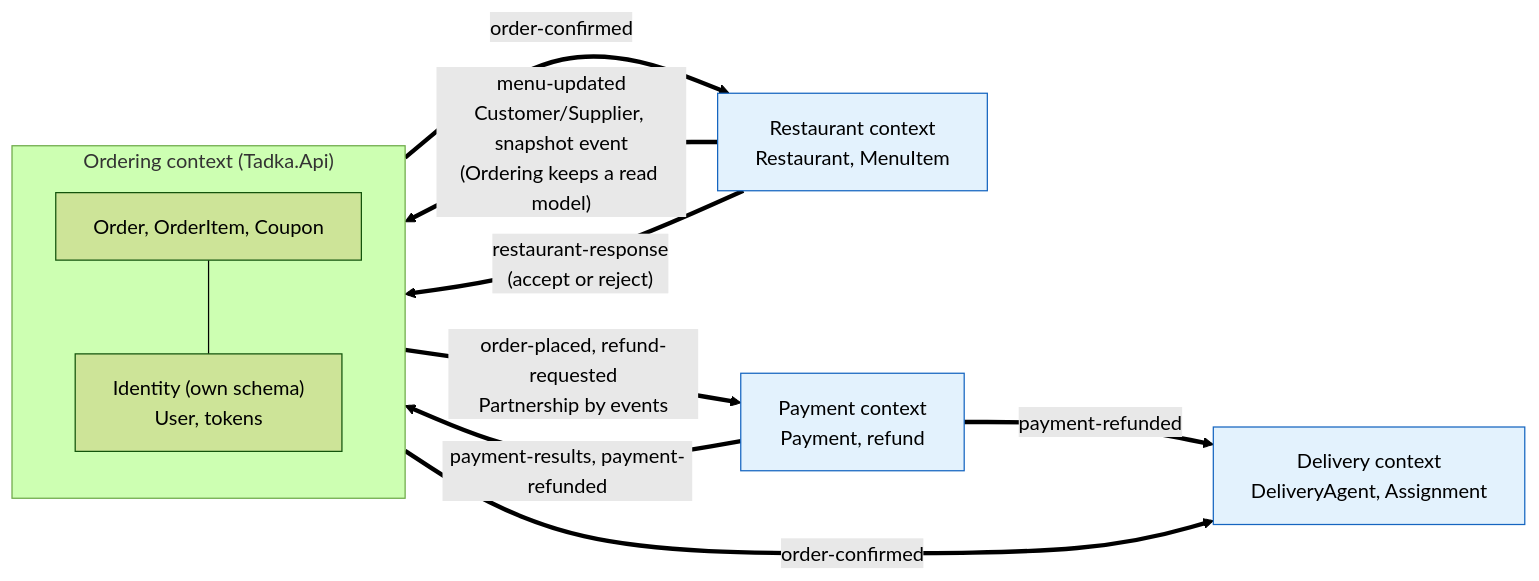
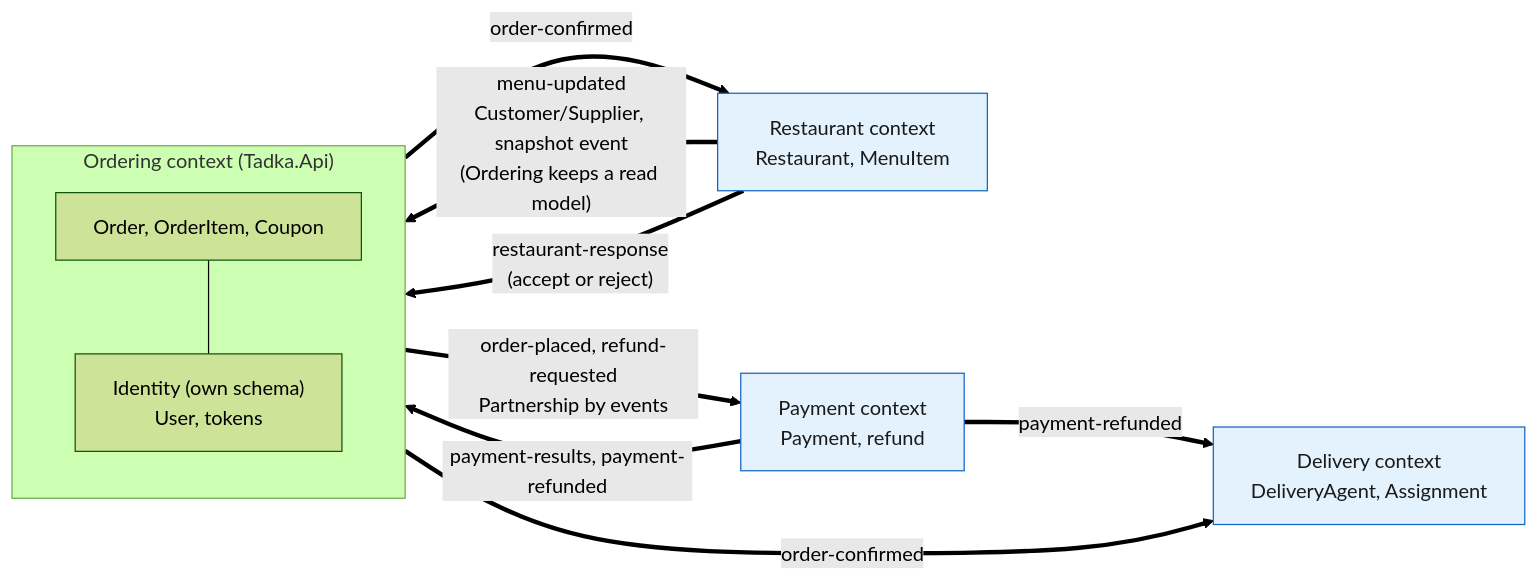
Diagram 11 of 19 in ai-assisted/architect-toolset/TADKA_DIAGRAM_GALLERY.md (desiarchitect/tadka-cohort), drawn with Mermaid (forest theme) before and after one commit. The commit also changed other lines of this file and 1 other file, not shown here.

First line of the commit message:
docs(architect-toolset): make diagram node text readable in dark mode

````diff
--- a/ai-assisted/architect-toolset/TADKA_DIAGRAM_GALLERY.md
+++ b/ai-assisted/architect-toolset/TADKA_DIAGRAM_GALLERY.md
@@ -623,22 +623,22 @@
 ```mermaid
 flowchart LR
     subgraph ordering ["Ordering context (Tadka.Api)"]
         o1["Order, OrderItem, Coupon"]
         i1["Identity (own schema)<br/>User, tokens"]
     end
     rest["Restaurant context<br/>Restaurant, MenuItem"]
     pay["Payment context<br/>Payment, refund"]
     del["Delivery context<br/>DeliveryAgent, Assignment"]
 
     rest == "menu-updated<br/>Customer/Supplier, snapshot event<br/>(Ordering keeps a read model)" ==> ordering
     ordering == "order-placed, refund-requested<br/>Partnership by events" ==> pay
     pay == "payment-results, payment-refunded" ==> ordering
     ordering == "order-confirmed" ==> del
     ordering == "order-confirmed" ==> rest
     rest == "restaurant-response<br/>(accept or reject)" ==> ordering
     pay == "payment-refunded" ==> del
     o1 --- i1
 
-    classDef ctx fill:#e3f2fd,stroke:#1565c0;
+    classDef ctx fill:#e3f2fd,stroke:#1565c0,color:#1a1a1a;
     class rest,pay,del ctx;
 ```
````
